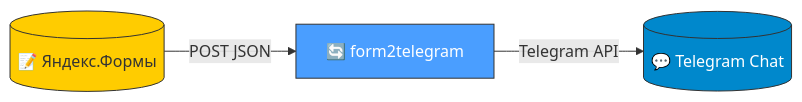
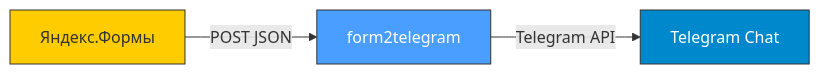
The diagram in README.md (dapi/form2telegram), drawn with Mermaid before and after one commit.

Commit message:
Fix mermaid diagram syntax in README
Remove emojis and complex bracket syntax that prevented rendering

🤖 Generated with [Claude Code](https://claude.com/claude-code)

````diff
--- a/README.md
+++ b/README.md
@@ -10,9 +10,9 @@
 ```mermaid
 flowchart LR
-    A[("📝 Яндекс.Формы")] -->|POST JSON| B["🔄 form2telegram"]
-    B -->|Telegram API| C[("💬 Telegram Chat")]
+    A[Яндекс.Формы] -->|POST JSON| B[form2telegram]
+    B -->|Telegram API| C[Telegram Chat]
 
     style A fill:#fc0,stroke:#333
     style B fill:#4a9eff,stroke:#333,color:#fff
     style C fill:#0088cc,stroke:#333,color:#fff
 ```
````
